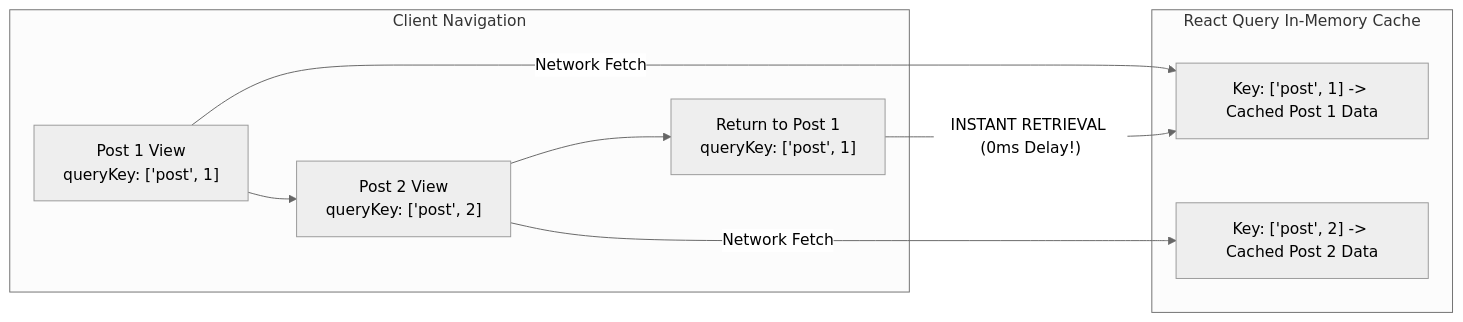
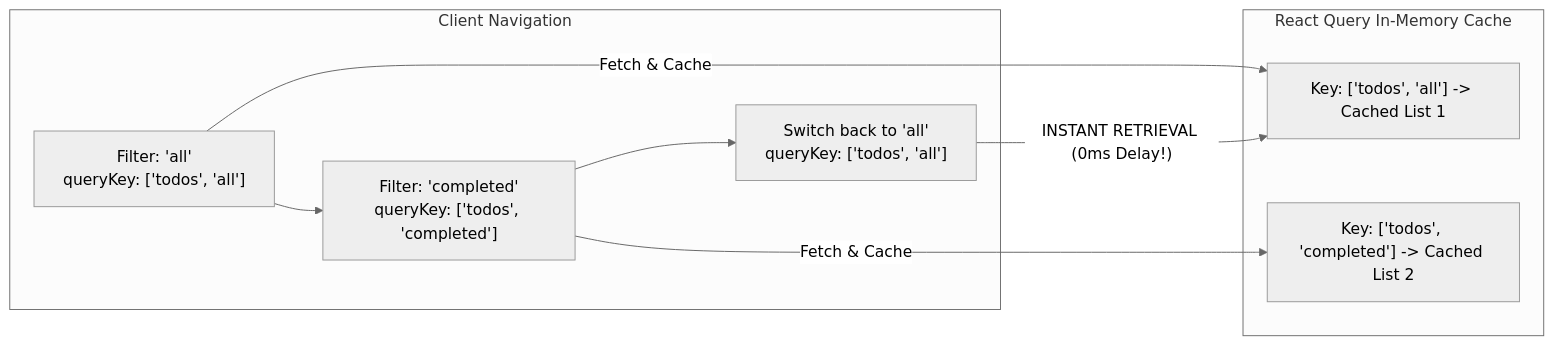
Before and after one commit to KamalAboueidd/State: the fifth of 6 diagrams in README.md, drawn with Mermaid (neutral theme). The commit also changed other lines of this file and 3 other files, not shown here.

````diff
--- a/README.md
+++ b/README.md
@@ -843,16 +900,16 @@
 ```mermaid
 graph LR
     subgraph ClientNavigation["Client Navigation"]
-        P1["Post 1 View<br>queryKey: ['post', 1]"] --> P2["Post 2 View<br>queryKey: ['post', 2]"]
-        P2 --> P1Back["Return to Post 1<br>queryKey: ['post', 1]"]
+        P1["Filter: 'all'<br>queryKey: ['todos', 'all']"] --> P2["Filter: 'completed'<br>queryKey: ['todos', 'completed']"]
+        P2 --> P1Back["Switch back to 'all'<br>queryKey: ['todos', 'all']"]
     end
 
     subgraph CacheStore["React Query In-Memory Cache"]
-        K1["Key: ['post', 1] -> Cached Post 1 Data"]
-        K2["Key: ['post', 2] -> Cached Post 2 Data"]
+        K1["Key: ['todos', 'all'] -> Cached List 1"]
+        K2["Key: ['todos', 'completed'] -> Cached List 2"]
     end
 
-    P1 -- "Network Fetch" --> K1
-    P2 -- "Network Fetch" --> K2
+    P1 -- "Fetch & Cache" --> K1
+    P2 -- "Fetch & Cache" --> K2
     P1Back -- "INSTANT RETRIEVAL (0ms Delay!)" --> K1
 ```
````
